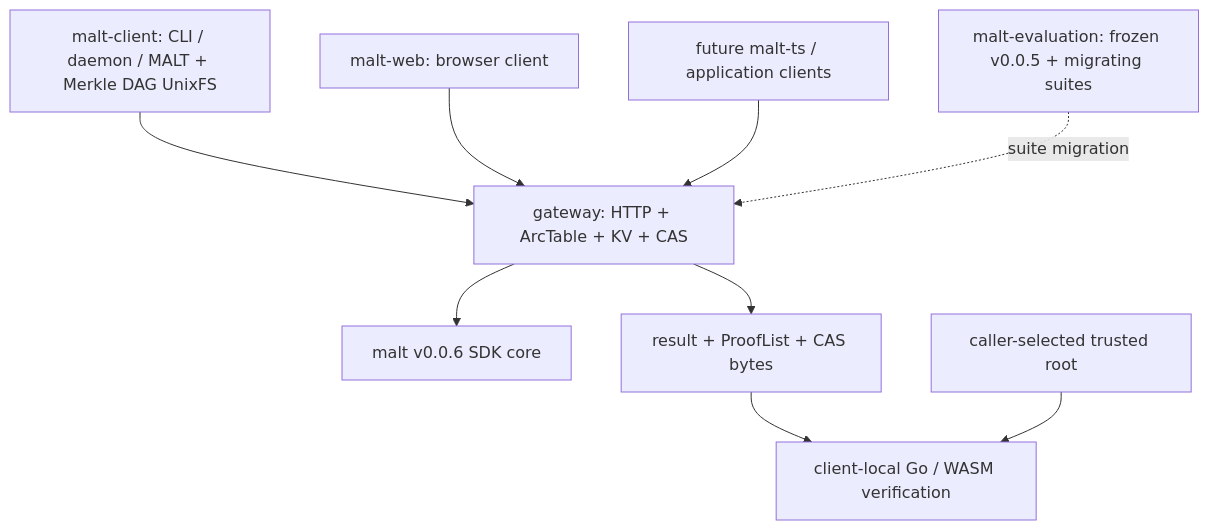
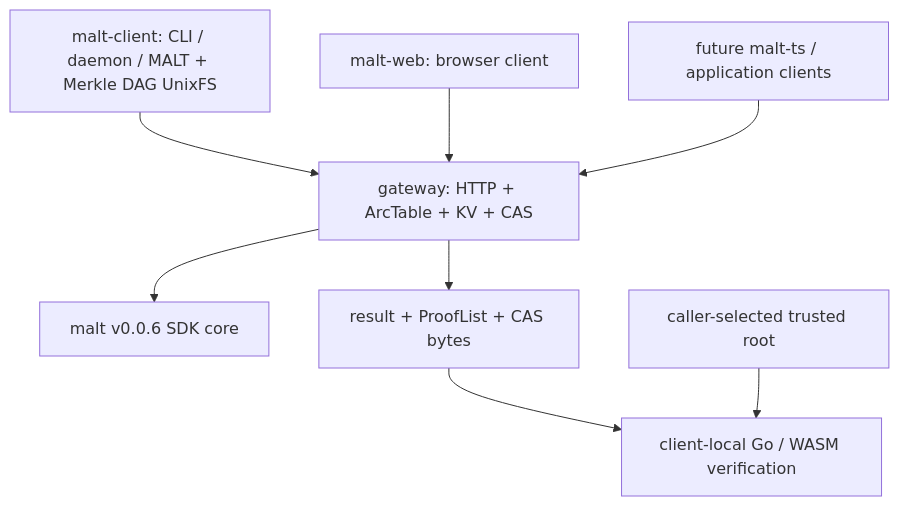
One commit to DeWebProtocol/.github changed the diagram in profile/README.md. Above: the diagram before and after it, drawn with Mermaid. The commit also changed other lines of this file, not shown here.

First line of the commit message:
Remove evaluation section from README.md

````diff
--- a/profile/README.md
+++ b/profile/README.md
@@ -35,11 +35,10 @@
 ```mermaid
 flowchart TB
   native["malt-client: CLI / daemon / MALT + Merkle DAG UnixFS"] --> gateway["gateway: HTTP + ArcTable + KV + CAS"]
   web["malt-web: browser client"] --> gateway
   future["future malt-ts / application clients"] --> gateway
   gateway --> core["malt v0.0.6 SDK core"]
   gateway --> result["result + ProofList + CAS bytes"]
   result --> local["client-local Go / WASM verification"]
   trusted["caller-selected trusted root"] --> local
-  evaluation["malt-evaluation: frozen v0.0.5 + migrating suites"] -. suite migration .-> gateway
 ```
````
